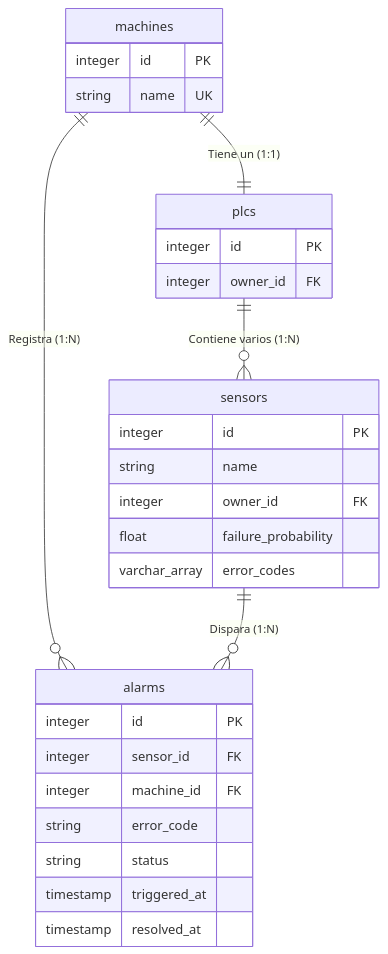
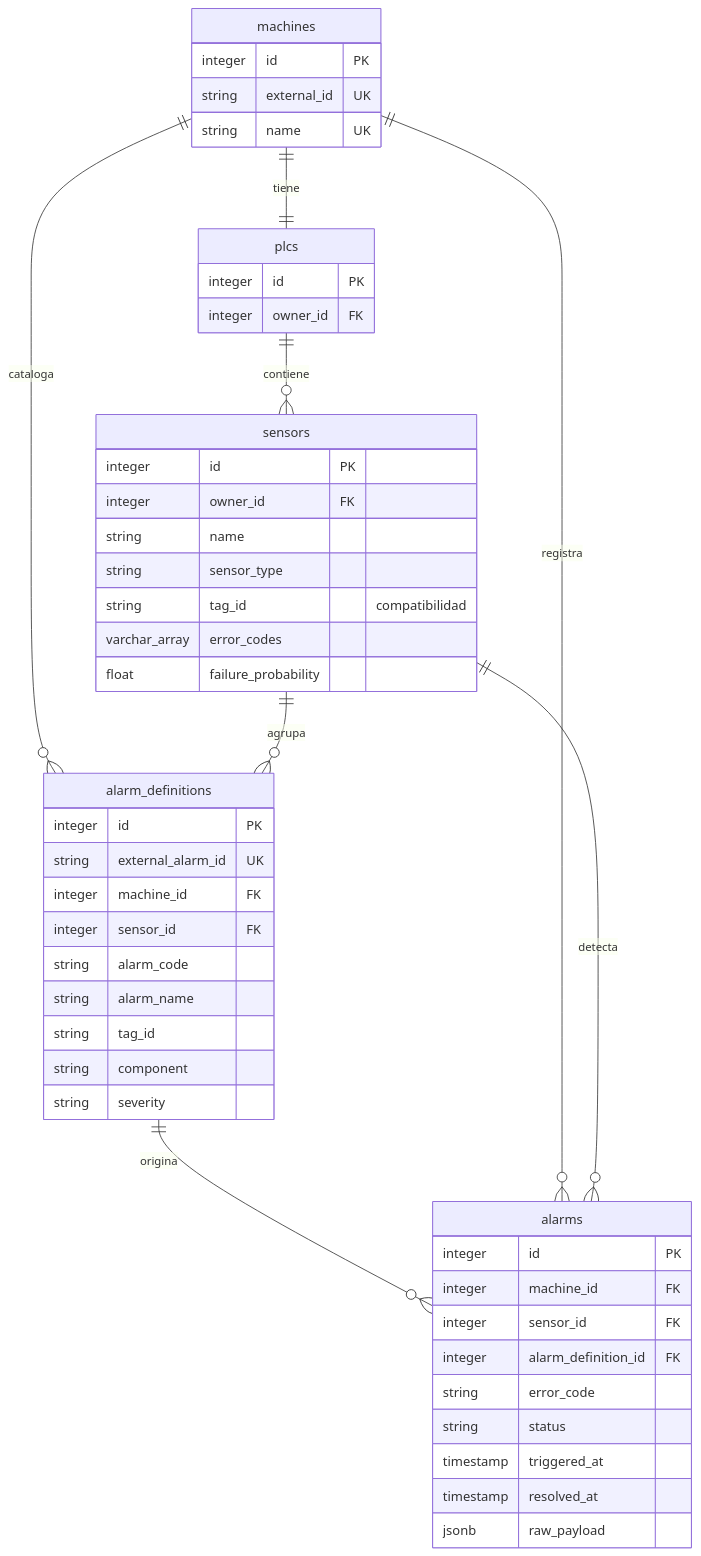
The diagram in README.md (TFM-JUPITER-ASISTENTE-INDUSTRIAL/factoria), drawn with Mermaid before and after one commit. The commit also changed other lines of this file, not shown here.

````diff
--- a/README.md
+++ b/README.md
@@ -66,32 +87,51 @@
 ```mermaid
 erDiagram
+    machines ||--|| plcs : tiene
+    plcs ||--o{ sensors : contiene
+    machines ||--o{ alarm_definitions : cataloga
+    sensors ||--o{ alarm_definitions : agrupa
+    alarm_definitions ||--o{ alarms : origina
+    machines ||--o{ alarms : registra
+    sensors ||--o{ alarms : detecta
+
     machines {
         integer id PK
+        string external_id UK
         string name UK
     }
     plcs {
         integer id PK
         integer owner_id FK
     }
     sensors {
         integer id PK
+        integer owner_id FK
         string name
-        integer owner_id FK
+        string sensor_type
+        string tag_id "compatibilidad"
+        varchar_array error_codes
         float failure_probability
-        varchar_array error_codes
+    }
+    alarm_definitions {
+        integer id PK
+        string external_alarm_id UK
+        integer machine_id FK
+        integer sensor_id FK
+        string alarm_code
+        string alarm_name
+        string tag_id
+        string component
+        string severity
     }
     alarms {
         integer id PK
+        integer machine_id FK
         integer sensor_id FK
-        integer machine_id FK
+        integer alarm_definition_id FK
         string error_code
         string status
         timestamp triggered_at
         timestamp resolved_at
+        jsonb raw_payload
     }
-
-    machines ||--|| plcs : "Tiene un (1:1)"
-    plcs ||--o{ sensors : "Contiene varios (1:N)"
-    machines ||--o{ alarms : "Registra (1:N)"
-    sensors ||--o{ alarms : "Dispara (1:N)"
 ```
````
